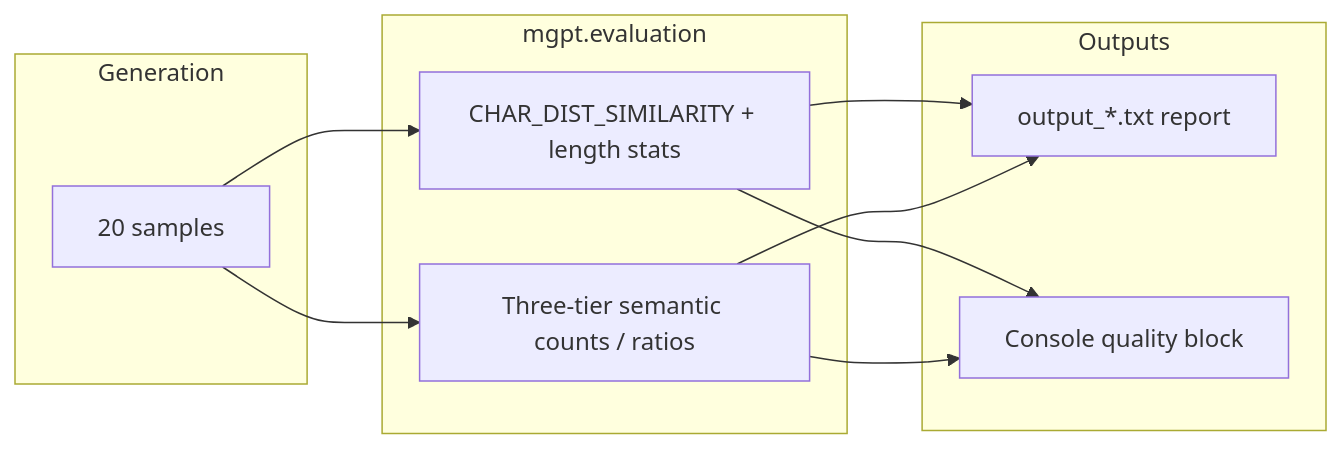
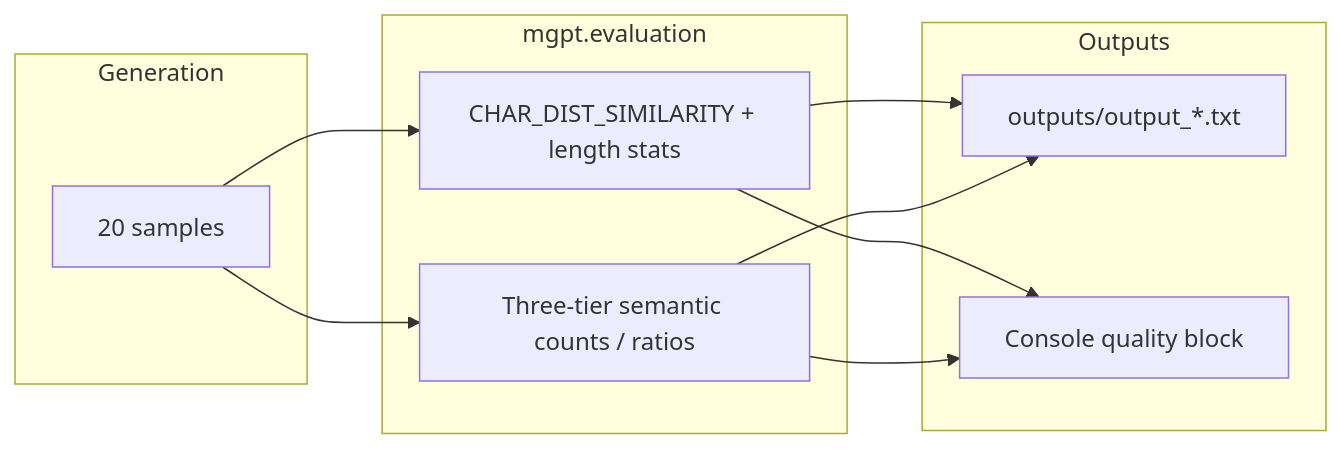
One commit to neomatrix369/microgpt-experiments changed the second of 2 diagrams in README.md. Above: the diagram before and after it, drawn with Mermaid. The commit also changed other lines of this file and 15 other files, not shown here.

````diff
--- a/README.md
+++ b/README.md
@@ -164,20 +165,20 @@
 ```mermaid
 flowchart LR
   subgraph gen [Generation]
     S[20 samples]
   end
   subgraph metrics [mgpt.evaluation]
     C[CHAR_DIST_SIMILARITY + length stats]
     T[Three-tier semantic counts / ratios]
   end
   subgraph out [Outputs]
-    TXT[output_*.txt report]
+    TXT[outputs/output_*.txt]
     CON[Console quality block]
   end
   S --> C
   S --> T
   C --> TXT
   T --> TXT
   C --> CON
   T --> CON
 ```
````
